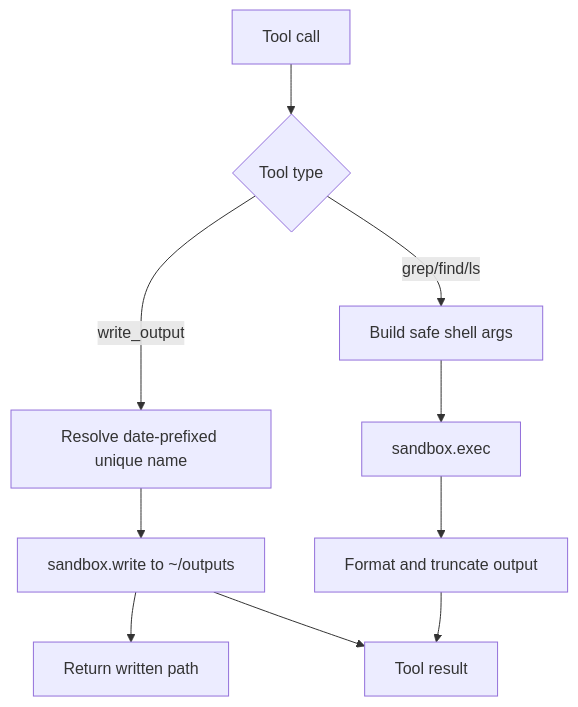
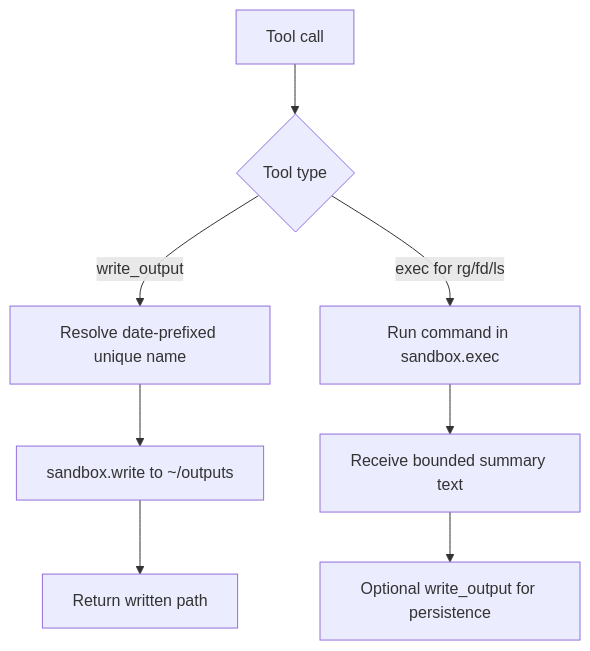
Before and after one commit to ex3ndr/daycare: the diagram in doc/internals/shell-filesystem-tools.md, drawn with Mermaid. The commit also changed other lines of this file and 13 other files, not shown here.

Commit message:
fix(shell): disable ls/find/grep and normalize tilde paths

````diff
--- a/doc/internals/shell-filesystem-tools.md
+++ b/doc/internals/shell-filesystem-tools.md
@@ -13,12 +15,10 @@
 ```mermaid
 flowchart TD
     A[Tool call] --> B{Tool type}
     B -->|write_output| C[Resolve date-prefixed unique name]
     C --> D[sandbox.write to ~/outputs]
-    D --> I[Return written path]
-    B -->|grep/find/ls| E[Build safe shell args]
-    E --> F[sandbox.exec]
-    F --> G[Format and truncate output]
-    D --> H[Tool result]
-    G --> H
+    D --> E[Return written path]
+    B -->|exec for rg/fd/ls| F[Run command in sandbox.exec]
+    F --> G[Receive bounded summary text]
+    G --> H[Optional write_output for persistence]
 ```
````
